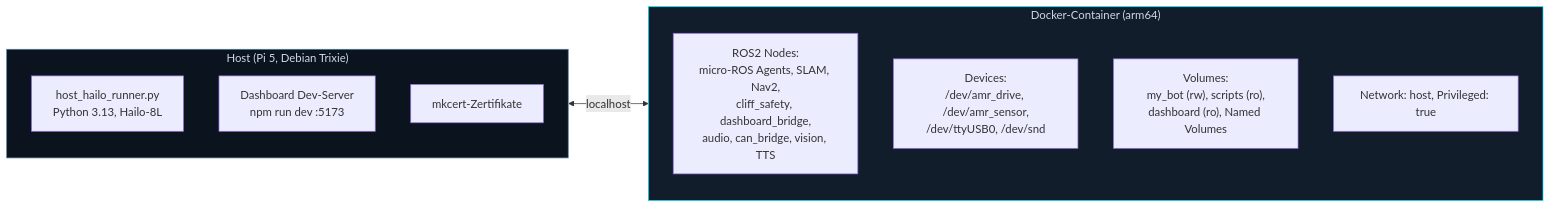
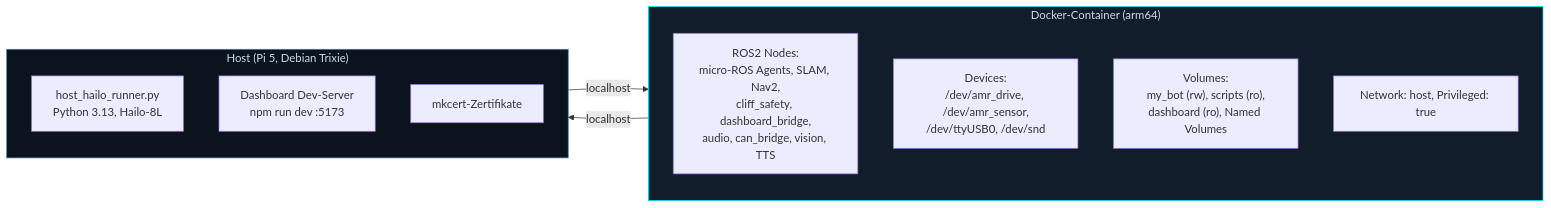
One commit to unger-robotics/amr-projekt changed the second of 3 diagrams in docs/architecture/system-overview.md. Above: the diagram before and after it, drawn with Mermaid. The commit also changed other lines of this file and 1 other file, not shown here.

First line of the commit message:
fix: Mermaid-11.x-Kompatibilitaet in Diagrammen

````diff
--- a/docs/architecture/system-overview.md
+++ b/docs/architecture/system-overview.md
@@ -78,21 +81,22 @@
 ``` mermaid
 graph LR
   subgraph CONTAINER["Docker-Container (arm64)"]
     direction TB
     NODES["ROS2 Nodes:<br/>micro-ROS Agents, SLAM, Nav2,<br/>cliff_safety, dashboard_bridge,<br/>audio, can_bridge, vision, TTS"]
     DEV["Devices:<br/>/dev/amr_drive, /dev/amr_sensor,<br/>/dev/ttyUSB0, /dev/snd"]
     VOL["Volumes:<br/>my_bot (rw), scripts (ro),<br/>dashboard (ro), Named Volumes"]
     NET["Network: host, Privileged: true"]
   end
 
   subgraph HOST["Host (Pi 5, Debian Trixie)"]
     HAILO_H["host_hailo_runner.py<br/>Python 3.13, Hailo-8L"]
     VITE["Dashboard Dev-Server<br/>npm run dev :5173"]
     CERT["mkcert-Zertifikate"]
   end
 
-  HOST <-->|localhost| CONTAINER
+  HOST -->|localhost| CONTAINER
+  CONTAINER -->|localhost| HOST
 
   style CONTAINER fill:#111D2B,stroke:#00E5FF,color:#cdd9e5
   style HOST fill:#0B131E,stroke:#517C96,color:#cdd9e5
 ```
````
